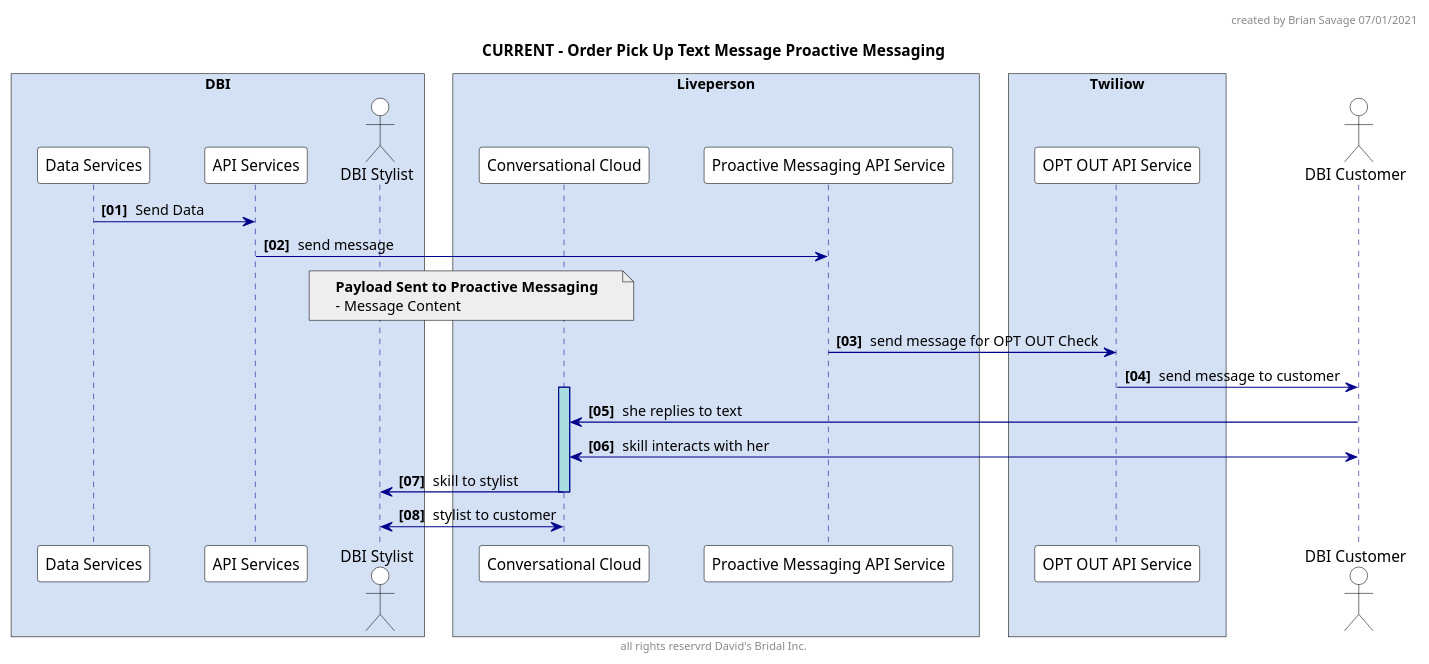
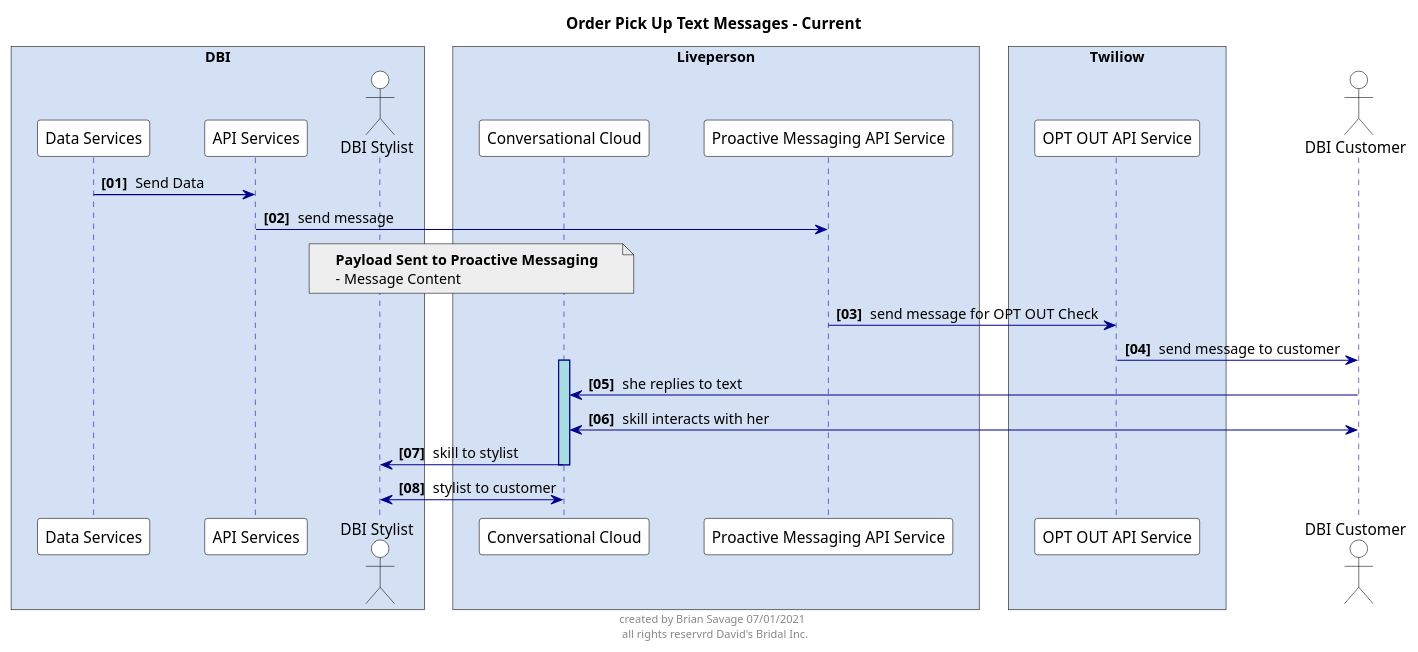
One commit to bsavage-dbi/assets changed the diagram in diagrams/order-pick-up-text-message-current.puml. Above: the diagram before and after it, drawn with PlantUML. The commit also changed 8 other files, not shown here.

```diff
--- a/diagrams/order-pick-up-text-message-current.puml
+++ b/diagrams/order-pick-up-text-message-current.puml
@@ -1,58 +1,57 @@
 @startuml
 
 skinparam sequenceBoxBorderColor #black
 skinparam NoteBorderColor #black
 
 skinparam sequence {
     ArrowColor DarkBlue
     ActorBackgroundColor White
     ActorBorderColor black
     LifeLineBorderColor DarkBlue
     LifeLineBackgroundColor #A9DCDF
     BoxPadding 20
     ParticipantPadding 20
     ParticipantBorderColor Black
     ParticipantBackgroundColor White
 }
 
 autonumber "<b>[00] "
-header created by Brian Savage 07/01/2021
-footer all rights reservrd David's Bridal Inc.
+footer created by Brian Savage 07/01/2021 \n all rights reservrd David's Bridal Inc.
 
-title CURRENT - Order Pick Up Text Message Proactive Messaging
+title Order Pick Up Text Messages - Current
 
 box "DBI" #D4E1F5
 participant "Data Services" as DBI_DATA
 participant "API Services" as DBI_API
 actor "DBI Stylist" as DBI_STY
 end box
 
 box "Liveperson" #D4E1F5
 participant "Conversational Cloud" as LPCC
 participant "Proactive Messaging API Service" as LPPM
 end box
 
 box "Twiliow" #D4E1F5
 participant "OPT OUT API Service" as TWAS
 end box
 
 actor "DBI Customer" as DBI_CUS
 
 DBI_DATA -> DBI_API : Send Data
 DBI_API -> LPPM : send message
 note over DBI_STY, LPCC #EEE
 <b>Payload Sent to Proactive Messaging
 - Message Content
 end note
 LPPM -> TWAS : send message for OPT OUT Check
 TWAS -> DBI_CUS : send message to customer
 
 activate LPCC
 
 LPCC <- DBI_CUS : she replies to text
 LPCC <-> DBI_CUS : skill interacts with her
 DBI_STY <- LPCC : skill to stylist
 deactivate LPCC
 
 DBI_STY <-> LPCC : stylist to customer
 @enduml
```
